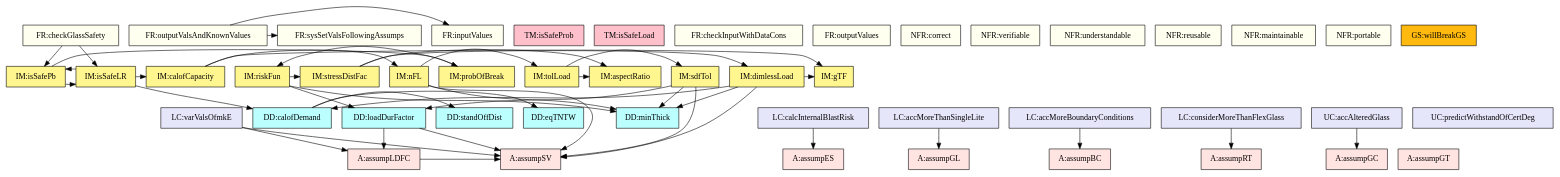
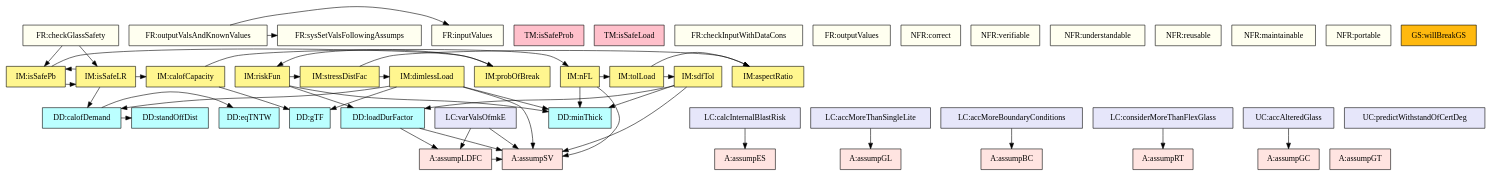
Before and after one commit to JacquesCarette/Drasil: the diagram in code/stable/glassbr/TraceyGraph/allvsall.dot, drawn with Graphviz. The commit also changed 37 other files, not shown here.

```diff
--- a/code/stable/glassbr/TraceyGraph/allvsall.dot
+++ b/code/stable/glassbr/TraceyGraph/allvsall.dot
@@ -1,134 +1,134 @@
 digraph allvsall {
 	assumpLDFC -> assumpSV;
 	loadDurFactor -> assumpSV;
 	loadDurFactor -> assumpLDFC;
 	demandq -> stdOffDist;
 	demandq -> eqTNTChar;
 	riskFun -> minThick;
 	riskFun -> loadDurFactor;
 	riskFun -> stressDistFac;
 	stressDistFac -> dimlessLoad;
 	stressDistFac -> aR;
 	nFL -> assumpSV;
 	nFL -> minThick;
 	nFL -> tolLoad;
 	dimlessLoad -> assumpSV;
 	dimlessLoad -> minThick;
+	dimlessLoad -> glassTypeFac;
 	dimlessLoad -> demandq;
-	dimlessLoad -> glassTypeFac;
 	tolLoad -> sdfTol;
 	tolLoad -> aR;
 	sdfTol -> assumpSV;
 	sdfTol -> minThick;
 	sdfTol -> loadDurFactor;
 	probBr -> riskFun;
+	lResistance -> glassTypeFac;
 	lResistance -> nFL;
-	lResistance -> glassTypeFac;
 	isSafePb -> probBr;
 	isSafePb -> isSafeLR;
 	isSafeLR -> demandq;
 	isSafeLR -> lResistance;
 	isSafeLR -> isSafePb;
 	outputValsAndKnownValues -> inputValues;
 	outputValsAndKnownValues -> sysSetValsFollowingAssumps;
 	checkGlassSafety -> isSafePb;
 	checkGlassSafety -> isSafeLR;
 	calcInternalBlastRisk -> assumpES;
 	varValsOfmkE -> assumpSV;
 	varValsOfmkE -> assumpLDFC;
 	accMoreThanSingleLite -> assumpGL;
 	accMoreBoundaryConditions -> assumpBC;
 	considerMoreThanFlexGlass -> assumpRT;
 	accAlteredGlass -> assumpGC;
 
 
 	assumpGT	[shape=box, color=black, style=filled, fillcolor=mistyrose, label="A:assumpGT"];
 	assumpGC	[shape=box, color=black, style=filled, fillcolor=mistyrose, label="A:assumpGC"];
 	assumpES	[shape=box, color=black, style=filled, fillcolor=mistyrose, label="A:assumpES"];
 	assumpSV	[shape=box, color=black, style=filled, fillcolor=mistyrose, label="A:assumpSV"];
 	assumpGL	[shape=box, color=black, style=filled, fillcolor=mistyrose, label="A:assumpGL"];
 	assumpBC	[shape=box, color=black, style=filled, fillcolor=mistyrose, label="A:assumpBC"];
 	assumpRT	[shape=box, color=black, style=filled, fillcolor=mistyrose, label="A:assumpRT"];
 	assumpLDFC	[shape=box, color=black, style=filled, fillcolor=mistyrose, label="A:assumpLDFC"];
 
 	subgraph A {
 	rank="same"
 	{assumpGT, assumpGC, assumpES, assumpSV, assumpGL, assumpBC, assumpRT, assumpLDFC}
 	}
 
 	minThick	[shape=box, color=black, style=filled, fillcolor=paleturquoise1, label="DD:minThick"];
 	loadDurFactor	[shape=box, color=black, style=filled, fillcolor=paleturquoise1, label="DD:loadDurFactor"];
+	glassTypeFac	[shape=box, color=black, style=filled, fillcolor=paleturquoise1, label="DD:gTF"];
 	stdOffDist	[shape=box, color=black, style=filled, fillcolor=paleturquoise1, label="DD:standOffDist"];
 	eqTNTChar	[shape=box, color=black, style=filled, fillcolor=paleturquoise1, label="DD:eqTNTW"];
 	demandq	[shape=box, color=black, style=filled, fillcolor=paleturquoise1, label="DD:calofDemand"];
 
 	subgraph DD {
 	rank="same"
-	{minThick, loadDurFactor, stdOffDist, eqTNTChar, demandq}
+	{minThick, loadDurFactor, glassTypeFac, stdOffDist, eqTNTChar, demandq}
 	}
 
 	isSafeProb	[shape=box, color=black, style=filled, fillcolor=pink, label="TM:isSafeProb"];
 	isSafeLoad	[shape=box, color=black, style=filled, fillcolor=pink, label="TM:isSafeLoad"];
 
 	subgraph TM {
 	rank="same"
 	{isSafeProb, isSafeLoad}
 	}
 
 	riskFun	[shape=box, color=black, style=filled, fillcolor=khaki1, label="IM:riskFun"];
 	stressDistFac	[shape=box, color=black, style=filled, fillcolor=khaki1, label="IM:stressDistFac"];
 	nFL	[shape=box, color=black, style=filled, fillcolor=khaki1, label="IM:nFL"];
-	glassTypeFac	[shape=box, color=black, style=filled, fillcolor=khaki1, label="IM:gTF"];
 	dimlessLoad	[shape=box, color=black, style=filled, fillcolor=khaki1, label="IM:dimlessLoad"];
 	tolLoad	[shape=box, color=black, style=filled, fillcolor=khaki1, label="IM:tolLoad"];
 	sdfTol	[shape=box, color=black, style=filled, fillcolor=khaki1, label="IM:sdfTol"];
 	aR	[shape=box, color=black, style=filled, fillcolor=khaki1, label="IM:aspectRatio"];
 	probBr	[shape=box, color=black, style=filled, fillcolor=khaki1, label="IM:probOfBreak"];
 	lResistance	[shape=box, color=black, style=filled, fillcolor=khaki1, label="IM:calofCapacity"];
 	isSafePb	[shape=box, color=black, style=filled, fillcolor=khaki1, label="IM:isSafePb"];
 	isSafeLR	[shape=box, color=black, style=filled, fillcolor=khaki1, label="IM:isSafeLR"];
 
 	subgraph IM {
 	rank="same"
-	{riskFun, stressDistFac, nFL, glassTypeFac, dimlessLoad, tolLoad, sdfTol, aR, probBr, lResistance, isSafePb, isSafeLR}
+	{riskFun, stressDistFac, nFL, dimlessLoad, tolLoad, sdfTol, aR, probBr, lResistance, isSafePb, isSafeLR}
 	}
 
 	inputValues	[shape=box, color=black, style=filled, fillcolor=ivory, label="FR:inputValues"];
 	sysSetValsFollowingAssumps	[shape=box, color=black, style=filled, fillcolor=ivory, label="FR:sysSetValsFollowingAssumps"];
 	checkInputWithDataCons	[shape=box, color=black, style=filled, fillcolor=ivory, label="FR:checkInputWithDataCons"];
 	outputValsAndKnownValues	[shape=box, color=black, style=filled, fillcolor=ivory, label="FR:outputValsAndKnownValues"];
 	checkGlassSafety	[shape=box, color=black, style=filled, fillcolor=ivory, label="FR:checkGlassSafety"];
 	outputValues	[shape=box, color=black, style=filled, fillcolor=ivory, label="FR:outputValues"];
 	correct	[shape=box, color=black, style=filled, fillcolor=ivory, label="NFR:correct"];
 	verifiable	[shape=box, color=black, style=filled, fillcolor=ivory, label="NFR:verifiable"];
 	understandable	[shape=box, color=black, style=filled, fillcolor=ivory, label="NFR:understandable"];
 	reusable	[shape=box, color=black, style=filled, fillcolor=ivory, label="NFR:reusable"];
 	maintainable	[shape=box, color=black, style=filled, fillcolor=ivory, label="NFR:maintainable"];
 	portable	[shape=box, color=black, style=filled, fillcolor=ivory, label="NFR:portable"];
 
 	subgraph FR {
 	rank="same"
 	{inputValues, sysSetValsFollowingAssumps, checkInputWithDataCons, outputValsAndKnownValues, checkGlassSafety, outputValues, correct, verifiable, understandable, reusable, maintainable, portable}
 	}
 
 	willBreakGS	[shape=box, color=black, style=filled, fillcolor=darkgoldenrod1, label="GS:willBreakGS"];
 
 	subgraph GS {
 	rank="same"
 	{willBreakGS}
 	}
 
 	calcInternalBlastRisk	[shape=box, color=black, style=filled, fillcolor=lavender, label="LC:calcInternalBlastRisk"];
 	varValsOfmkE	[shape=box, color=black, style=filled, fillcolor=lavender, label="LC:varValsOfmkE"];
 	accMoreThanSingleLite	[shape=box, color=black, style=filled, fillcolor=lavender, label="LC:accMoreThanSingleLite"];
 	accMoreBoundaryConditions	[shape=box, color=black, style=filled, fillcolor=lavender, label="LC:accMoreBoundaryConditions"];
 	considerMoreThanFlexGlass	[shape=box, color=black, style=filled, fillcolor=lavender, label="LC:considerMoreThanFlexGlass"];
 	predictWithstandOfCertDeg	[shape=box, color=black, style=filled, fillcolor=lavender, label="UC:predictWithstandOfCertDeg"];
 	accAlteredGlass	[shape=box, color=black, style=filled, fillcolor=lavender, label="UC:accAlteredGlass"];
 
 	subgraph LC {
 	rank="same"
 	{calcInternalBlastRisk, varValsOfmkE, accMoreThanSingleLite, accMoreBoundaryConditions, considerMoreThanFlexGlass, predictWithstandOfCertDeg, accAlteredGlass}
 	}
 
 }
```
